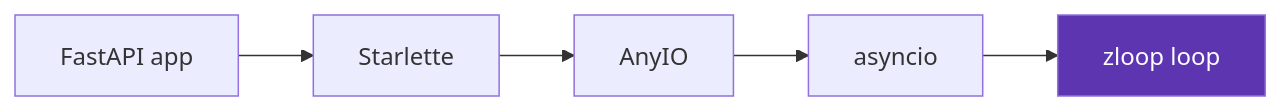
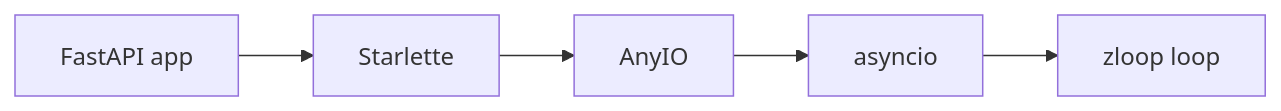
One commit to Kludex/zloop changed the diagram in docs/usage/fastapi.md. Above: the diagram before and after it, drawn with Mermaid. The commit also changed other lines of this file and 15 other files, not shown here.

First line of the commit message:
Docs: fix mermaid rendering, drop hardcoded fills, em-dashes, update perf

````diff
--- a/docs/usage/fastapi.md
+++ b/docs/usage/fastapi.md
@@ -50,8 +50,7 @@
 ```mermaid
 graph LR
     A[FastAPI app] --> B[Starlette]
     B --> C[AnyIO]
     C --> D[asyncio]
     D --> E[zloop loop]
-    style E fill:#5e35b1,color:#fff
 ```
````
